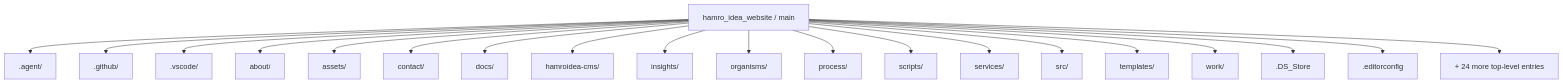
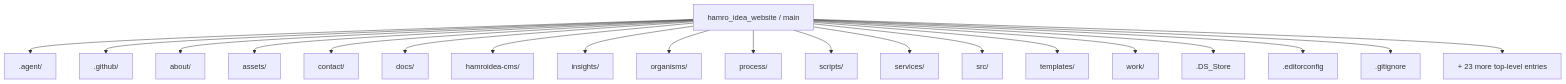
Before and after one commit to Nischhalsubba/hamro_idea_website: the first of 5 diagrams in README.md, drawn with Mermaid. The commit also changed other lines of this file, not shown here.

````diff
--- a/README.md
+++ b/README.md
@@ -23,23 +56,23 @@
 ```mermaid
 flowchart TD
     ROOT["hamro_idea_website / main"]
     ROOT --> P0[".agent/"]
     ROOT --> P1[".github/"]
-    ROOT --> P2[".vscode/"]
-    ROOT --> P3["about/"]
-    ROOT --> P4["assets/"]
-    ROOT --> P5["contact/"]
-    ROOT --> P6["docs/"]
-    ROOT --> P7["hamroidea-cms/"]
-    ROOT --> P8["insights/"]
-    ROOT --> P9["organisms/"]
-    ROOT --> P10["process/"]
-    ROOT --> P11["scripts/"]
-    ROOT --> P12["services/"]
-    ROOT --> P13["src/"]
-    ROOT --> P14["templates/"]
-    ROOT --> P15["work/"]
-    ROOT --> P16[".DS_Store"]
-    ROOT --> P17[".editorconfig"]
-    ROOT --> MORE["+ 24 more top-level entries"]
+    ROOT --> P2["about/"]
+    ROOT --> P3["assets/"]
+    ROOT --> P4["contact/"]
+    ROOT --> P5["docs/"]
+    ROOT --> P6["hamroidea-cms/"]
+    ROOT --> P7["insights/"]
+    ROOT --> P8["organisms/"]
+    ROOT --> P9["process/"]
+    ROOT --> P10["scripts/"]
+    ROOT --> P11["services/"]
+    ROOT --> P12["src/"]
+    ROOT --> P13["templates/"]
+    ROOT --> P14["work/"]
+    ROOT --> P15[".DS_Store"]
+    ROOT --> P16[".editorconfig"]
+    ROOT --> P17[".gitignore"]
+    ROOT --> MORE["+ 23 more top-level entries"]
 ```
````
